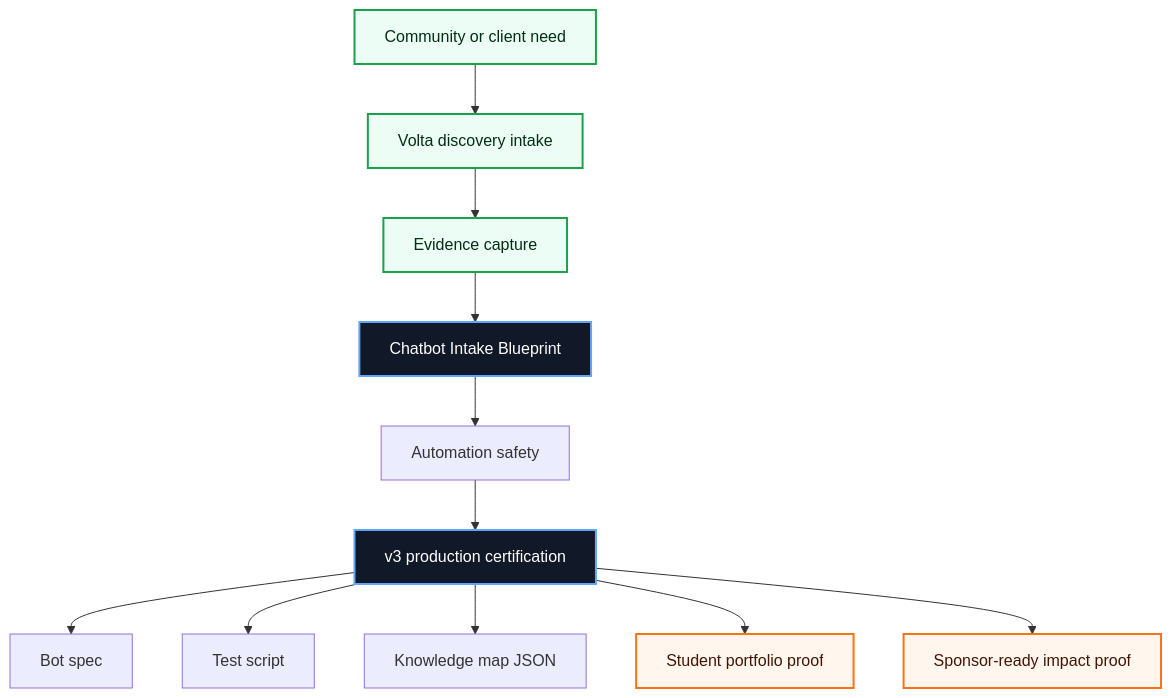
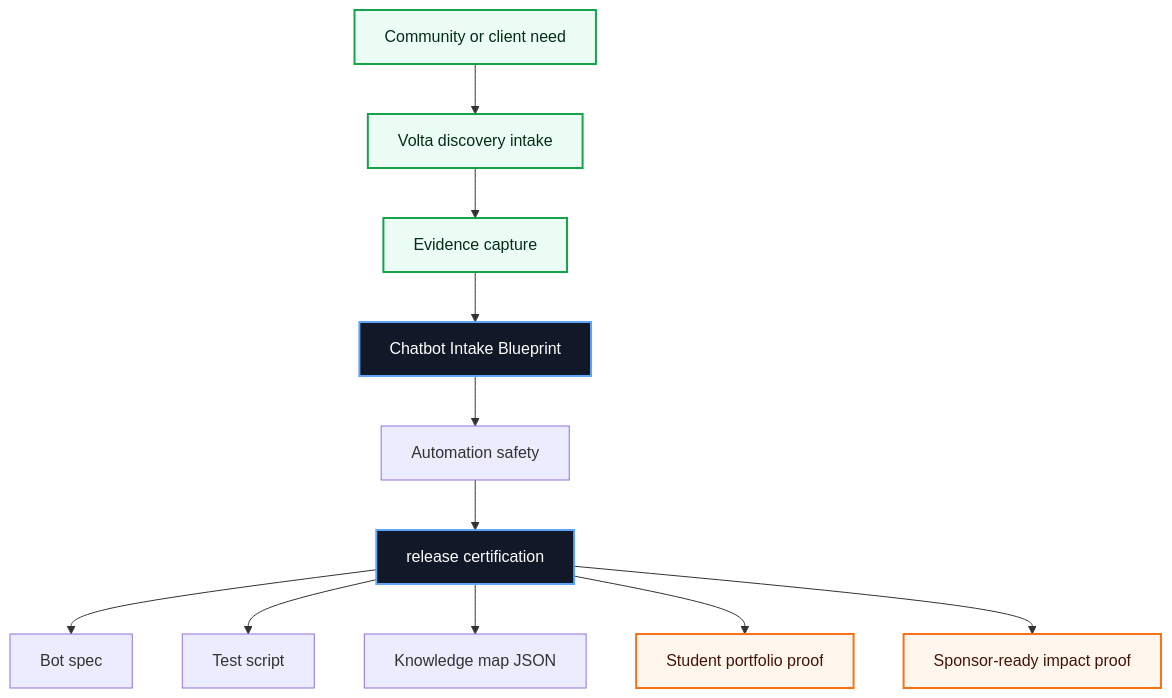
The first of 3 diagrams in README.md (volta-npo/chatbot-intake-blueprint), drawn with Mermaid before and after one commit. The commit also changed other lines of this file and 28 other files, not shown here.

````diff
--- a/README.md
+++ b/README.md
@@ -43,20 +43,20 @@
 ```mermaid
 flowchart TD
     Need["Community or client need"] --> Intake["Volta discovery intake"]
     Intake --> Evidence["Evidence capture"]
     Evidence --> Workbench["Chatbot Intake Blueprint"]
     Workbench --> Score["Automation safety"]
-    Score --> Cert["v3 production certification"]
+    Score --> Cert["release certification"]
     Cert --> A1["Bot spec"]
     Cert --> A2["Test script"]
     Cert --> A3["Knowledge map JSON"]
     Cert --> Student["Student portfolio proof"]
     Cert --> Sponsor["Sponsor-ready impact proof"]
 
     classDef volta fill:#111827,stroke:#60a5fa,color:#ffffff,stroke-width:2px;
     classDef equity fill:#ecfdf5,stroke:#16a34a,color:#052e16,stroke-width:2px;
     classDef proof fill:#fff7ed,stroke:#f97316,color:#431407,stroke-width:2px;
     class Workbench,Cert volta;
     class Need,Intake,Evidence equity;
     class Student,Sponsor proof;
 ```
````
